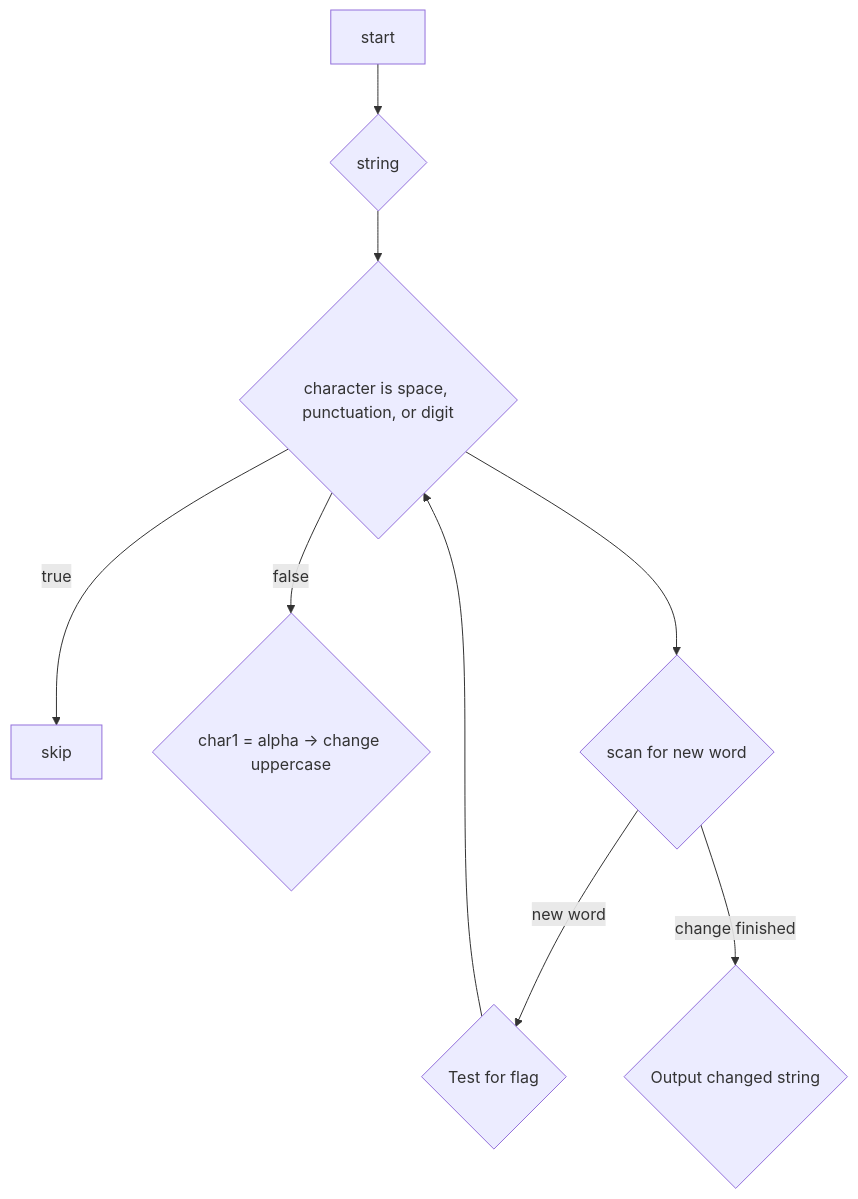
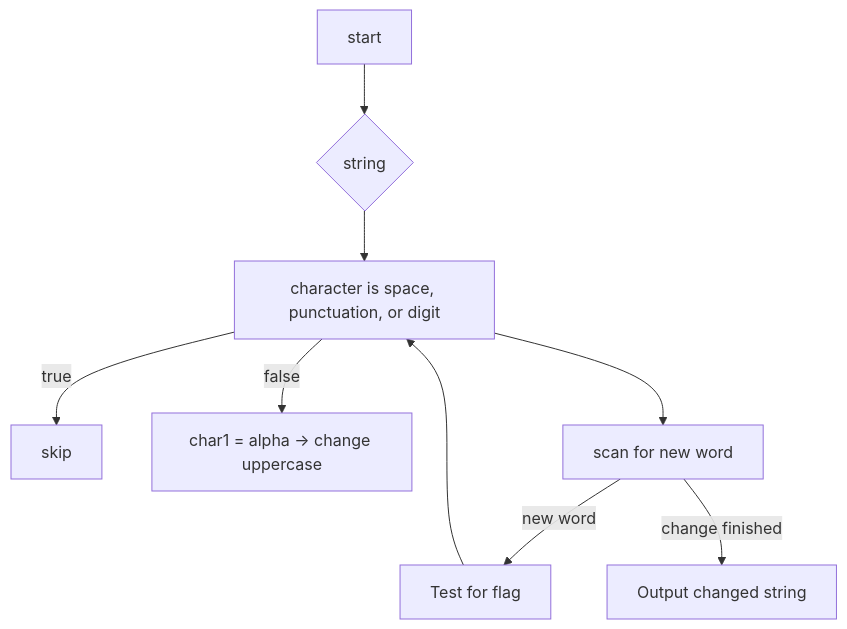
The diagram in chapter4/mytitle-flow.mmd (DatBoiBeRolling/C-plus-plus), drawn with Mermaid before and after one commit.

Commit message:
chapter4

```diff
--- a/chapter4/mytitle-flow.mmd
+++ b/chapter4/mytitle-flow.mmd
@@ -1,11 +1,11 @@
 flowchart TD
 
 	mystart[start]
 	mystart --> input{string}
-	input --> charFlag{character is space, punctuation, or digit}
+	input --> charFlag[character is space, punctuation, or digit]
 	charFlag --> |true| res1[skip]
-	charFlag --> |false| res2{char1 = alpha -> change uppercase}
-	charFlag --> charNew{scan for new word}
-	charNew --> |new word| res3{Test for flag}
+	charFlag --> |false| res2[char1 = alpha -> change uppercase]
+	charFlag --> charNew[scan for new word]
+	charNew --> |new word| res3[Test for flag]
 	res3 --> charFlag
-	charNew --> |change finished| end1{Output changed string}
+	charNew --> |change finished| end1[Output changed string]
```
